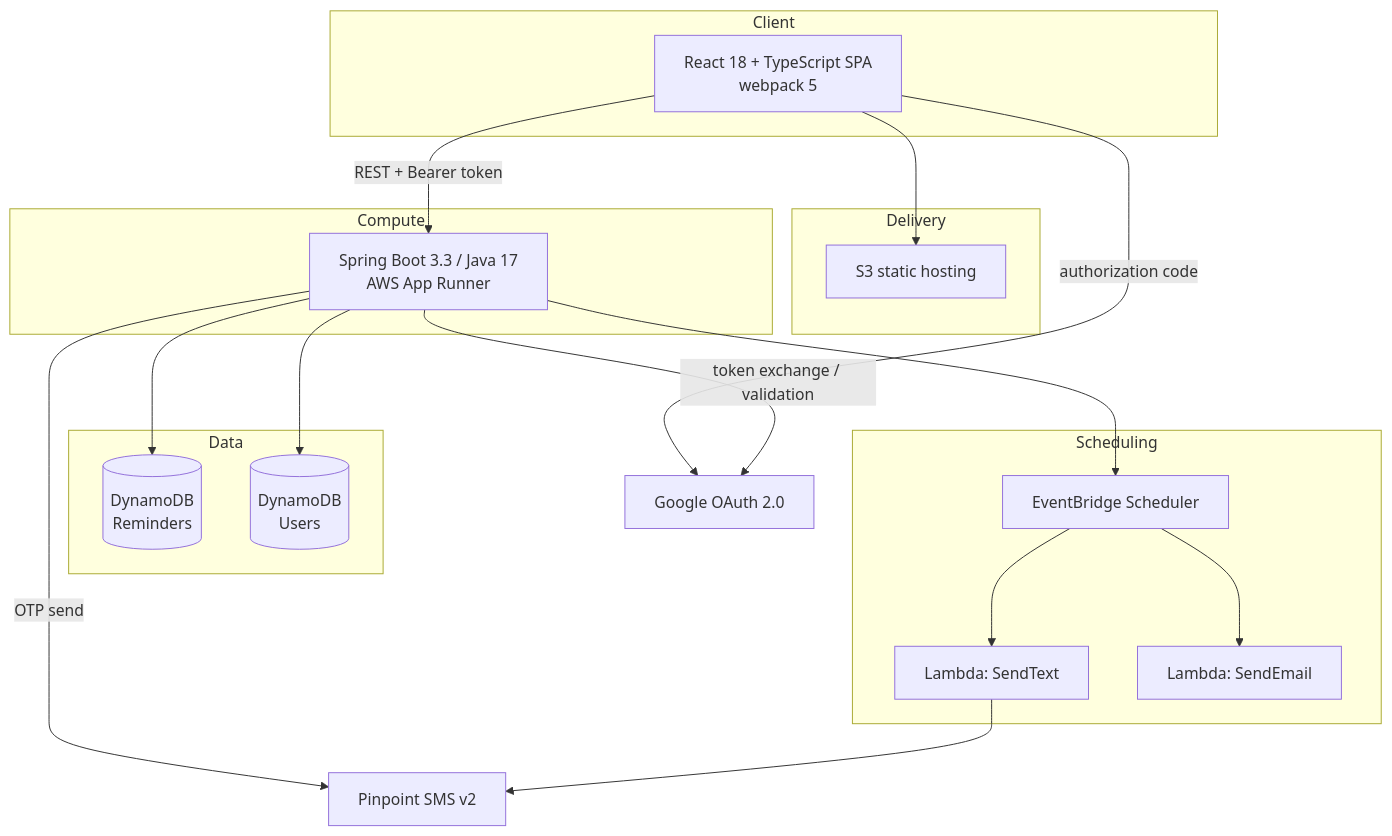
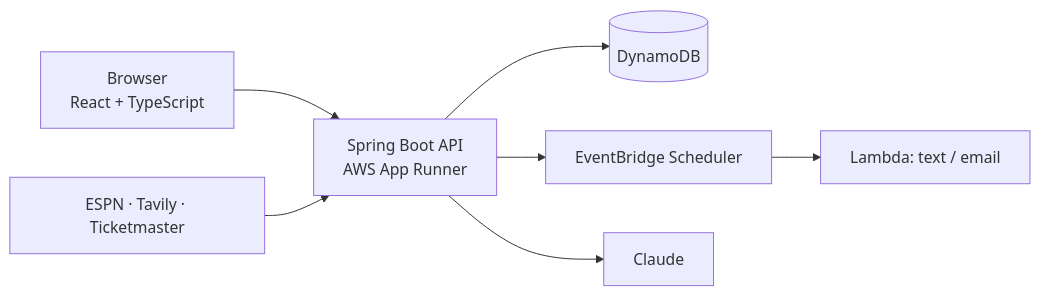
One commit to Artin-Mirzayans/RemindMe changed the diagram in README.md. Above: the diagram before and after it, drawn with Mermaid. The commit also changed other lines of this file and 2 other files, not shown here.

````diff
--- a/README.md
+++ b/README.md
@@ -47,40 +45,9 @@
 ```mermaid
-graph TD
-    subgraph Client
-        R["React 18 + TypeScript SPA<br/>webpack 5"]
-    end
-
-    subgraph Delivery
-        S3["S3 static hosting"]
-    end
-
-    subgraph Compute
-        API["Spring Boot 3.3 / Java 17<br/>AWS App Runner"]
-    end
-
-    subgraph Data
-        DR[("DynamoDB<br/>Reminders")]
-        DU[("DynamoDB<br/>Users")]
-    end
-
-    subgraph Scheduling
-        EB["EventBridge Scheduler"]
-        LT["Lambda: SendText"]
-        LE["Lambda: SendEmail"]
-    end
-
-    G["Google OAuth 2.0"]
-    P["Pinpoint SMS v2"]
-
-    R --> S3
-    R -->|REST + Bearer token| API
-    R -->|authorization code| G
-    API -->|token exchange / validation| G
-    API --> DR
-    API --> DU
-    API --> EB
-    API -->|OTP send| P
-    EB --> LT
-    EB --> LE
-    LT --> P
+graph LR
+    U["Browser<br/>React + TypeScript"] --> API["Spring Boot API<br/>AWS App Runner"]
+    API --> DB[("DynamoDB")]
+    API --> EB["EventBridge Scheduler"]
+    EB --> L["Lambda: text / email"]
+    API --> C["Claude"]
+    D["ESPN · Tavily · Ticketmaster"] --> API
 ```
````
